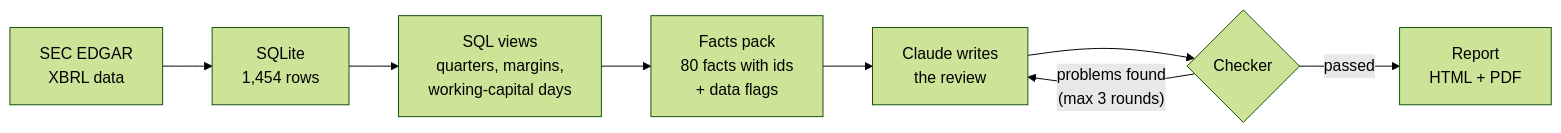
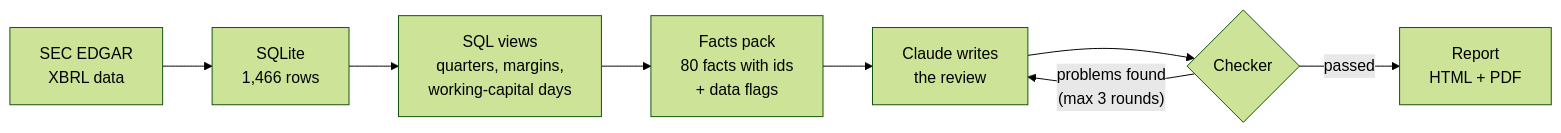
Before and after one commit to matifilo/filings-review: the diagram in README.md, drawn with Mermaid (forest theme). The commit also changed other lines of this file and 7 other files, not shown here.

First line of the commit message:
Data fix: fill the 2011-2015 cash flow gap, guard TTM ratios

````diff
--- a/README.md
+++ b/README.md
@@ -32,10 +32,10 @@
 ```mermaid
 flowchart LR
-    A["SEC EDGAR<br/>XBRL data"] --> B["SQLite<br/>1,454 rows"]
+    A["SEC EDGAR<br/>XBRL data"] --> B["SQLite<br/>1,466 rows"]
     B --> C["SQL views<br/>quarters, margins,<br/>working-capital days"]
     C --> D["Facts pack<br/>80 facts with ids<br/>+ data flags"]
     D --> E["Claude writes<br/>the review"]
     E --> F{"Checker"}
     F -- "problems found<br/>(max 3 rounds)" --> E
     F -- "passed" --> G["Report<br/>HTML + PDF"]
 ```
````
